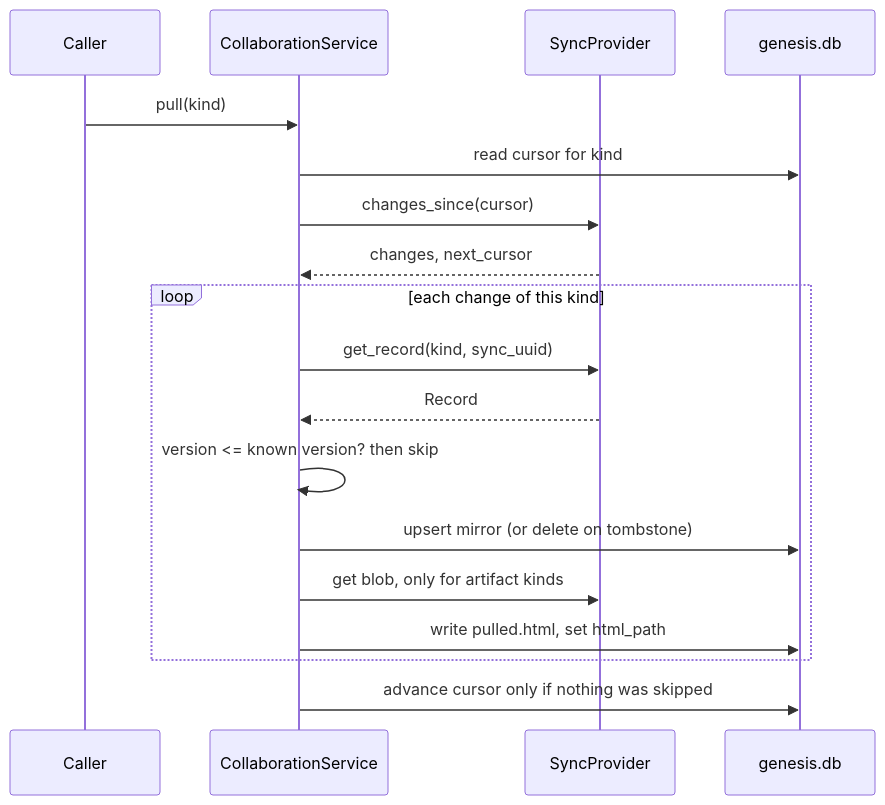
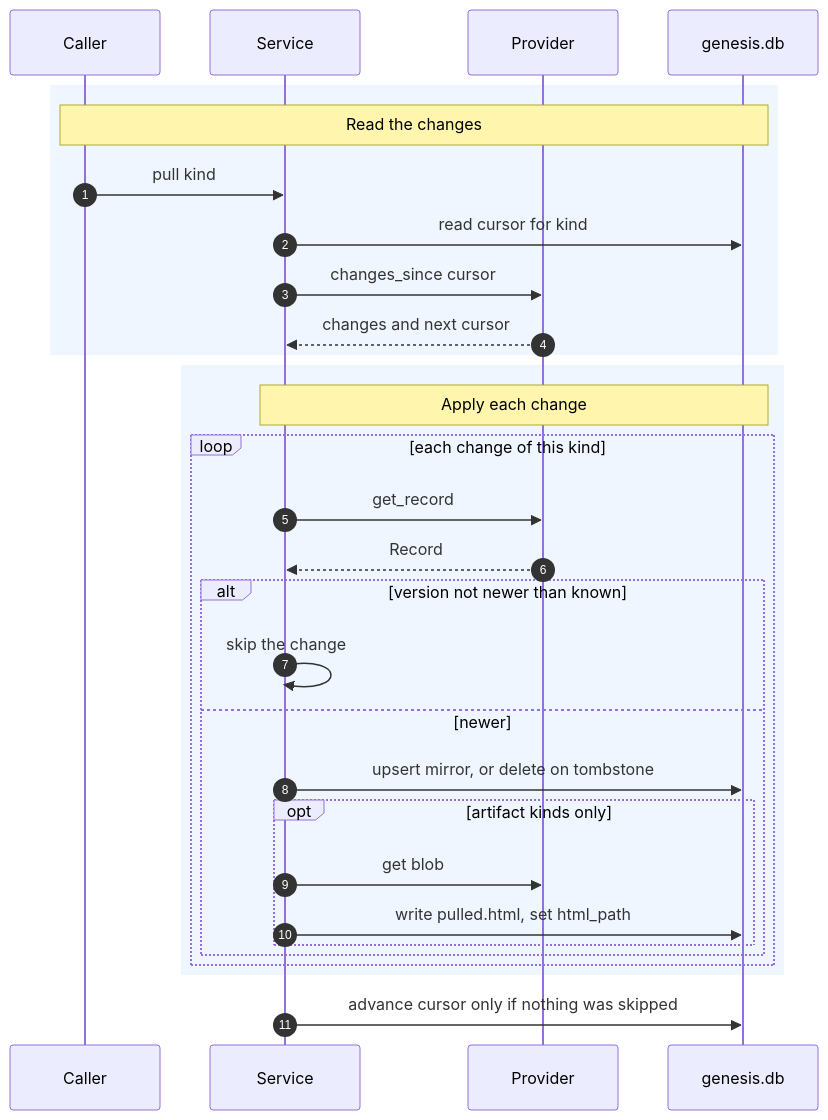
Before and after one commit to ram-020998/project-tracker: the fourth of 5 diagrams in genesis/architecture/modules/collaboration-hub.md, drawn with Mermaid. The commit also changed other lines of this file and 24 other files, not shown here.

First line of the commit message:
architecture: rewrite all 86 Mermaid diagrams to one C4 style, each render-checked

````diff
--- a/genesis/architecture/modules/collaboration-hub.md
+++ b/genesis/architecture/modules/collaboration-hub.md
@@ -247,20 +262,32 @@
 ```mermaid
 sequenceDiagram
+    autonumber
     participant C as Caller
-    participant S as CollaborationService
-    participant P as SyncProvider
+    participant S as Service
+    participant P as Provider
     participant D as genesis.db
-    C->>S: pull(kind)
-    S->>D: read cursor for kind
-    S->>P: changes_since(cursor)
-    P-->>S: changes, next_cursor
-    loop each change of this kind
-        S->>P: get_record(kind, sync_uuid)
-        P-->>S: Record
-        S->>S: version <= known version? then skip
-        S->>D: upsert mirror (or delete on tombstone)
-        S->>P: get blob, only for artifact kinds
-        S->>D: write pulled.html, set html_path
+    rect rgb(240, 246, 255)
+        Note over C,D: Read the changes
+        C->>S: pull kind
+        S->>D: read cursor for kind
+        S->>P: changes_since cursor
+        P-->>S: changes and next cursor
+    end
+    rect rgb(240, 246, 255)
+        Note over S,D: Apply each change
+        loop each change of this kind
+            S->>P: get_record
+            P-->>S: Record
+            alt version not newer than known
+                S->>S: skip the change
+            else newer
+                S->>D: upsert mirror, or delete on tombstone
+                opt artifact kinds only
+                    S->>P: get blob
+                    S->>D: write pulled.html, set html_path
+                end
+            end
+        end
     end
     S->>D: advance cursor only if nothing was skipped
 ```
````
